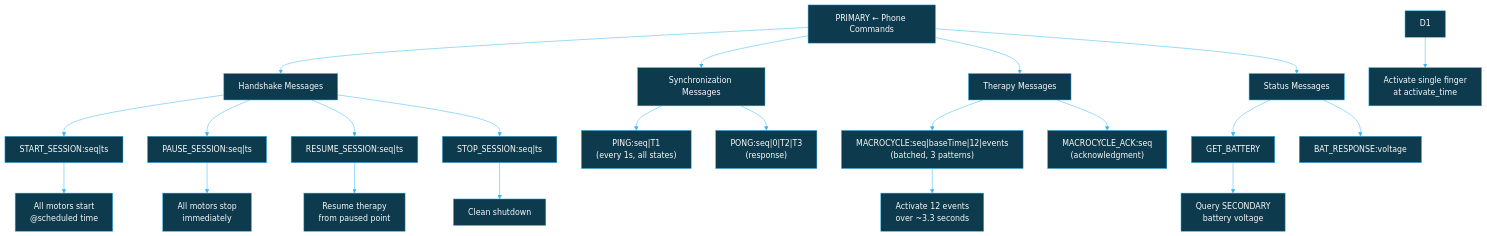
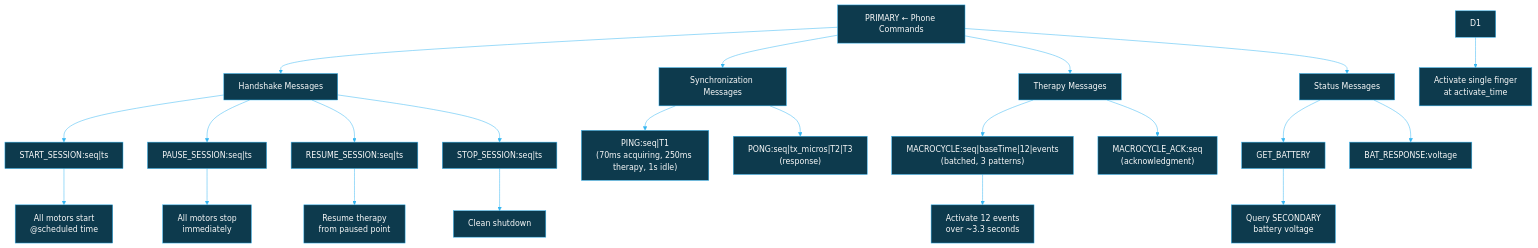
One commit to BlueBuzzah/BlueBuzzah-Firmware changed the seventh of 11 diagrams in docs/THERAPY_SESSION_FLOW.md. Above: the diagram before and after it, drawn with Mermaid. The commit also changed other lines of this file and 7 other files, not shown here.

````diff
--- a/docs/THERAPY_SESSION_FLOW.md
+++ b/docs/THERAPY_SESSION_FLOW.md
@@ -465,53 +465,53 @@
 ```mermaid
 %%{init: {'theme': 'base', 'themeVariables': {
   'primaryColor': '#0d3a4d',
   'primaryTextColor': '#fafafa',
   'primaryBorderColor': '#35B6F2',
   'lineColor': '#35B6F2',
   'secondaryColor': '#05212D',
   'tertiaryColor': '#0a0a0a',
   'background': '#0a0a0a',
   'mainBkg': '#0d3a4d',
   'nodeBorder': '#35B6F2',
   'clusterBkg': '#05212D',
   'clusterBorder': '#35B6F2',
   'titleColor': '#fafafa',
   'edgeLabelBackground': '#0a0a0a'
 }}}%%
 graph TD
     A["PRIMARY ← Phone Commands"]
 
     B["Handshake Messages"]
     C["Synchronization Messages"]
     D["Therapy Messages"]
     E["Status Messages"]
 
     B --> B1["START_SESSION:seq|ts"]
     B --> B2["PAUSE_SESSION:seq|ts"]
     B --> B3["RESUME_SESSION:seq|ts"]
     B --> B4["STOP_SESSION:seq|ts"]
 
-    C --> C1["PING:seq|T1<br/>(every 1s, all states)"]
-    C --> C2["PONG:seq|0|T2|T3<br/>(response)"]
+    C --> C1["PING:seq|T1<br/>(70ms acquiring, 250ms therapy, 1s idle)"]
+    C --> C2["PONG:seq|tx_micros|T2|T3<br/>(response)"]
 
     D --> D2["MACROCYCLE:seq|baseTime|12|events<br/>(batched, 3 patterns)"]
     D --> D3["MACROCYCLE_ACK:seq<br/>(acknowledgment)"]
 
     E --> E1["GET_BATTERY"]
     E --> E2["BAT_RESPONSE:voltage"]
 
     A --> B
     A --> C
     A --> D
     A --> E
 
     B1 --> F["All motors start<br/>@scheduled time"]
     B2 --> G["All motors stop<br/>immediately"]
     B3 --> H["Resume therapy<br/>from paused point"]
     B4 --> I["Clean shutdown"]
 
     D1 --> J["Activate single finger<br/>at activate_time"]
     D2 --> K["Activate 12 events<br/>over ~3.3 seconds"]
 
     E1 --> L["Query SECONDARY<br/>battery voltage"]
 ```
````
